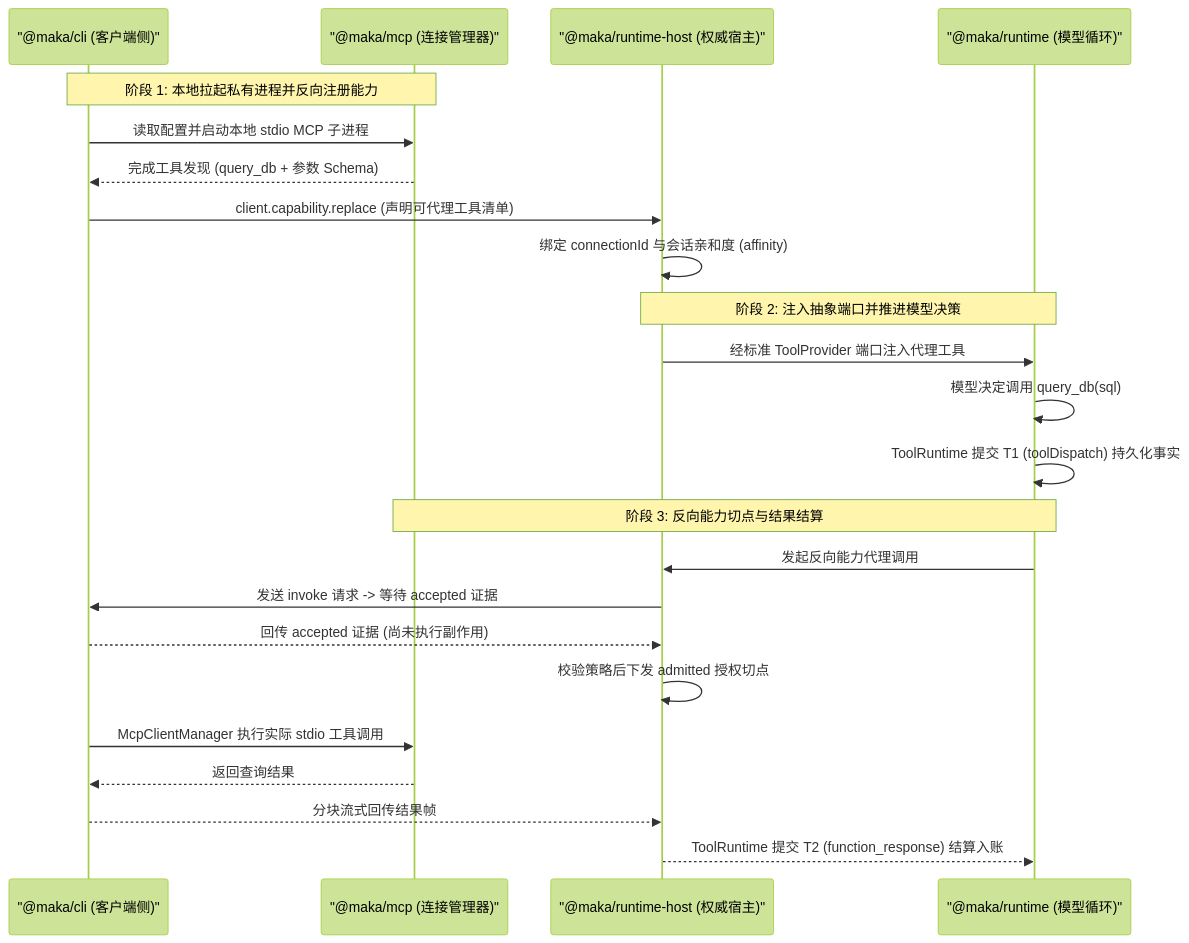
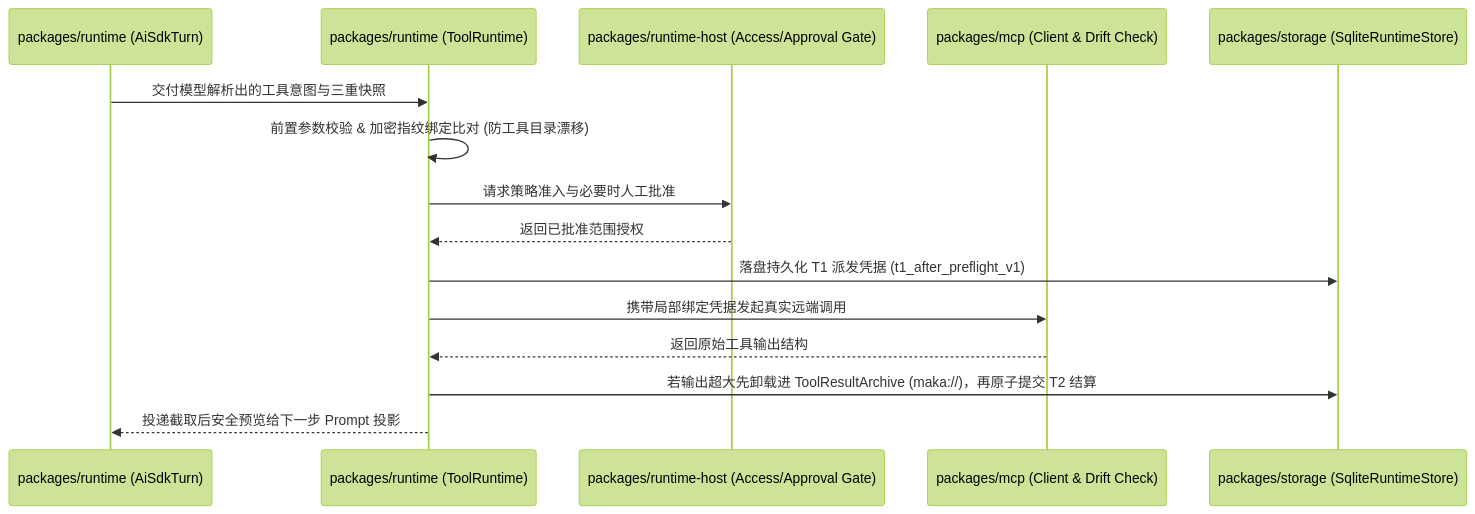
One commit to suger-m/agent-infrastructure-docs changed the second of 2 diagrams in maka-agent-infra/00-foundations/repository-map.md. Above: the diagram before and after it, drawn with Mermaid (forest theme). The commit also changed other lines of this file and 33 other files, not shown here.

Commit message:
docs(ts): overhaul all 32 TS architecture chapters in razor-sharp microkernel style & polish Rust foundations

````diff
--- a/maka-agent-infra/00-foundations/repository-map.md
+++ b/maka-agent-infra/00-foundations/repository-map.md
@@ -168,28 +87,18 @@
 ```mermaid
 sequenceDiagram
-    participant CLI as "@maka/cli (客户端侧)"
-    participant MCP as "@maka/mcp (连接管理器)"
-    participant Host as "@maka/runtime-host (权威宿主)"
-    participant RT as "@maka/runtime (模型循环)"
+    participant Turn as packages/runtime (AiSdkTurn)
+    participant TR as packages/runtime (ToolRuntime)
+    participant Host as packages/runtime-host (Access/Approval Gate)
+    participant Mcp as packages/mcp (Client & Drift Check)
+    participant Store as packages/storage (SqliteRuntimeStore)
 
-    Note over CLI,MCP: 阶段 1: 本地拉起私有进程并反向注册能力
-    CLI->>MCP: 读取配置并启动本地 stdio MCP 子进程
-    MCP-->>CLI: 完成工具发现 (query_db + 参数 Schema)
-    CLI->>Host: client.capability.replace (声明可代理工具清单)
-    Host->>Host: 绑定 connectionId 与会话亲和度 (affinity)
-
-    Note over Host,RT: 阶段 2: 注入抽象端口并推进模型决策
-    Host->>RT: 经标准 ToolProvider 端口注入代理工具
-    RT->>RT: 模型决定调用 query_db(sql)
-    RT->>RT: ToolRuntime 提交 T1 (toolDispatch) 持久化事实
-
-    Note over RT,MCP: 阶段 3: 反向能力切点与结果结算
-    RT->>Host: 发起反向能力代理调用
-    Host->>CLI: 发送 invoke 请求 -> 等待 accepted 证据
-    CLI-->>Host: 回传 accepted 证据 (尚未执行副作用)
-    Host->>Host: 校验策略后下发 admitted 授权切点
-    CLI->>MCP: McpClientManager 执行实际 stdio 工具调用
-    MCP-->>CLI: 返回查询结果
-    CLI-->>Host: 分块流式回传结果帧
-    Host-->>RT: ToolRuntime 提交 T2 (function_response) 结算入账
+    Turn->>TR: 交付模型解析出的工具意图与三重快照
+    TR->>TR: 前置参数校验 & 加密指纹绑定比对 (防工具目录漂移)
+    TR->>Host: 请求策略准入与必要时人工批准
+    Host-->>TR: 返回已批准范围授权
+    TR->>Store: 落盘持久化 T1 派发凭据 (t1_after_preflight_v1)
+    TR->>Mcp: 携带局部绑定凭据发起真实远端调用
+    Mcp-->>TR: 返回原始工具输出结构
+    TR->>Store: 若输出超大先卸载进 ToolResultArchive (maka://)，再原子提交 T2 结算
+    TR-->>Turn: 投递截取后安全预览给下一步 Prompt 投影
 ```
````
